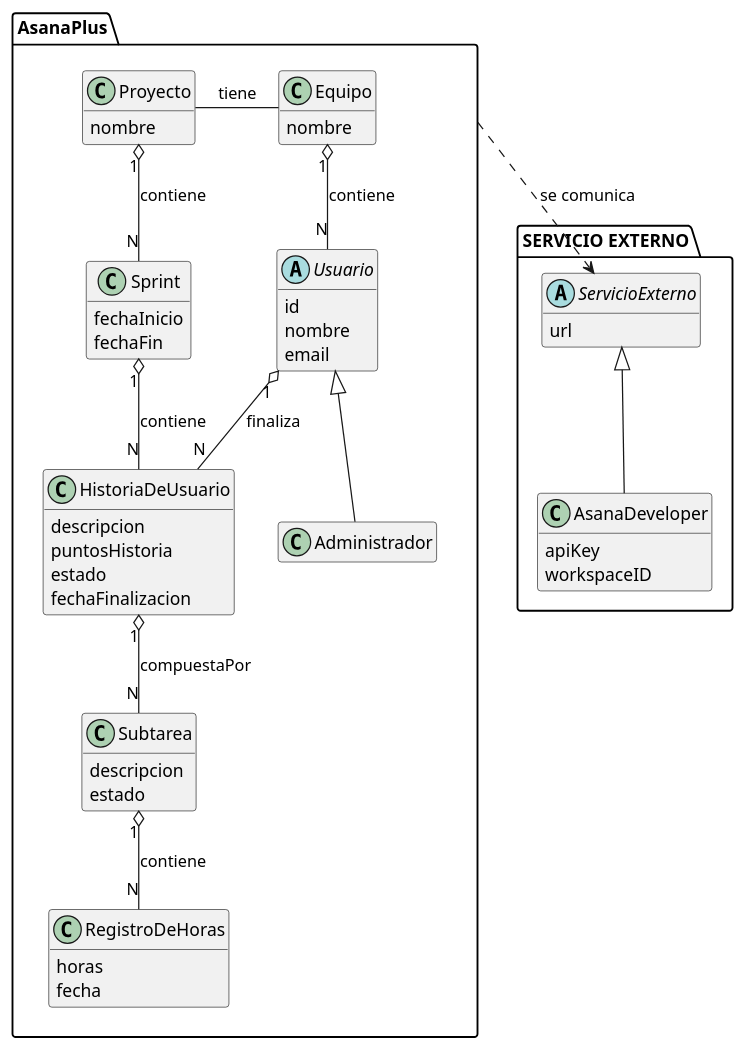
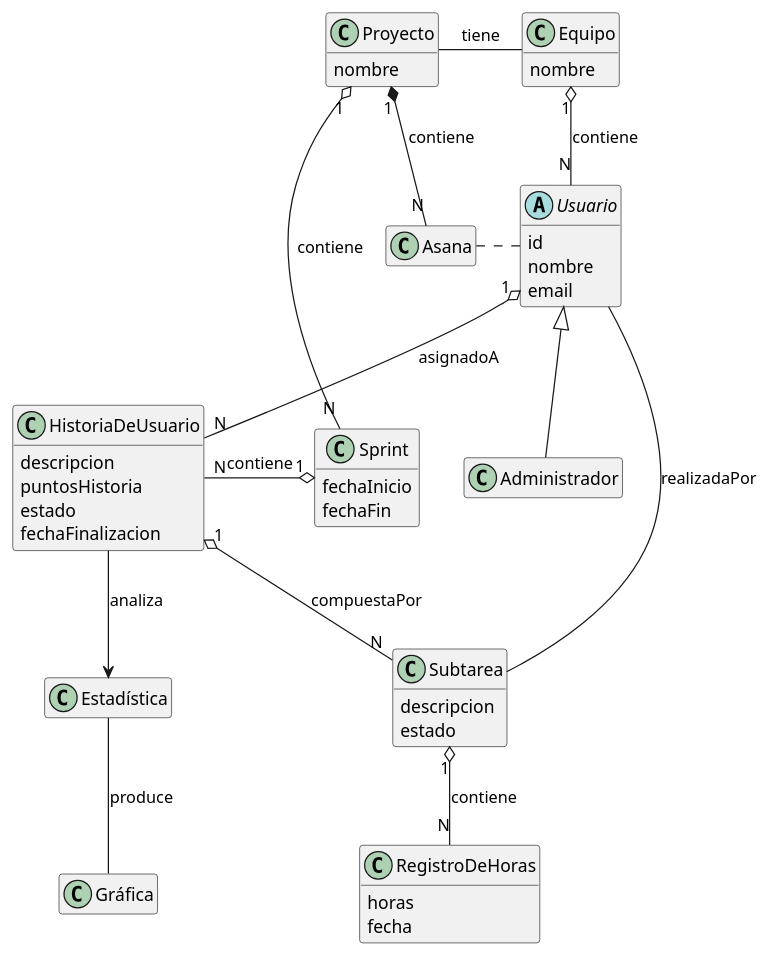
The diagram in entregas/palmaCamila/ModeloDeDominio/DiagramaDeClases/DiagramaDeClases.puml (mmasias/25-26-IDSW1), drawn with PlantUML before and after one commit. The commit also changed other lines of this file and 15 other files, not shown here.

First line of the commit message:
Add use case diagram for project management time functionalities

```diff
--- a/entregas/palmaCamila/ModeloDeDominio/DiagramaDeClases/DiagramaDeClases.puml
+++ b/entregas/palmaCamila/ModeloDeDominio/DiagramaDeClases/DiagramaDeClases.puml
@@ -1,67 +3,74 @@
 @startuml
 ' Asana Plus como plataforma
 hide empty members
-package "AsanaPlus" {
     abstract class Usuario {
         id
         nombre
         email
     }
 
     class Proyecto {
         nombre
     }
 
     class Sprint {
         fechaInicio
         fechaFin
     }
 
     class HistoriaDeUsuario {
         descripcion
         puntosHistoria
         estado
         fechaFinalizacion
     }
 
     class Subtarea {
         descripcion
         estado
     }
 
     class RegistroDeHoras {
         horas
         fecha
     }
-class Administrador
-{
-}
+    
+    class Administrador
+    {
+    }
 
     class Equipo {
         nombre
     }
+    
+    class Asana {
+    }
+    
+    class Estadística {
+    }
+    
+    class Gráfica{
+    }
+    
 
+    
+    
     Proyecto "1" o-- "N" Sprint : contiene
-    Sprint "1" o-- "N" HistoriaDeUsuario : contiene
+    Proyecto "1" *-- "N" Asana : contiene
+    Asana  .right.  Usuario 
+    Sprint "1" o-left- "N" HistoriaDeUsuario : contiene
     HistoriaDeUsuario "1" o-- "N" Subtarea : compuestaPor
-Usuario <|-- Administrador
+    Usuario <|-- Administrador
 
     Equipo "1" o-- "N" Usuario : contiene
     Equipo -left Proyecto : tiene
 
-    Usuario "1" o-- "N" HistoriaDeUsuario : finaliza
+    Usuario "1" o-- "N" HistoriaDeUsuario : asignadoA
     Subtarea "1" o-- "N" RegistroDeHoras : contiene
+    Subtarea  --  Usuario : realizadaPor
+    HistoriaDeUsuario  --> Estadística : analiza
+    Estadística  -- Gráfica : produce
+
 }
 
-package "SERVICIO EXTERNO" {
-    abstract class ServicioExterno {
-        url
-    }
-    class AsanaDeveloper extends ServicioExterno {
-        apiKey
-        workspaceID
-    }
-}
-
-AsanaPlus ..> ServicioExterno : se comunica
 @enduml
```
